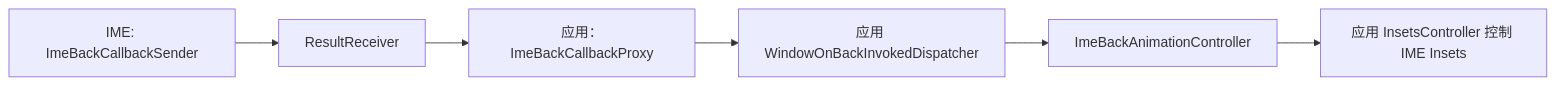
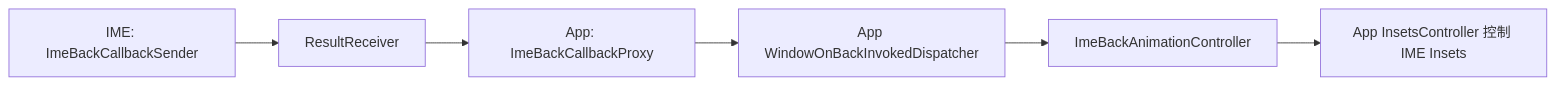
The second of 2 diagrams in src/part1-fundamentals/ch03-input/12-predictive-back-system-architecture.md (Gracker/android-internals-wiki), drawn with Mermaid before and after one commit. The commit also changed other lines of this file and 4 other files, not shown here.

````diff
--- a/src/part1-fundamentals/ch03-input/12-predictive-back-system-architecture.md
+++ b/src/part1-fundamentals/ch03-input/12-predictive-back-system-architecture.md
@@ -271,8 +271,8 @@
 ```mermaid
 flowchart LR
     A["IME: ImeBackCallbackSender"] --> B["ResultReceiver"]
-    B --> C["应用：ImeBackCallbackProxy"]
-    C --> D["应用 WindowOnBackInvokedDispatcher"]
+    B --> C["App: ImeBackCallbackProxy"]
+    C --> D["App WindowOnBackInvokedDispatcher"]
     D --> E["ImeBackAnimationController"]
-    E --> F["应用 InsetsController 控制 IME Insets"]
+    E --> F["App InsetsController 控制 IME Insets"]
 ```
````
